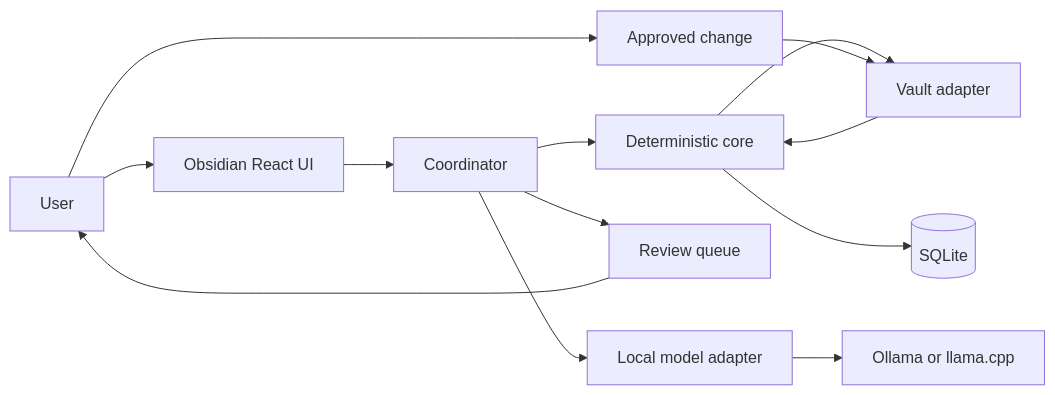
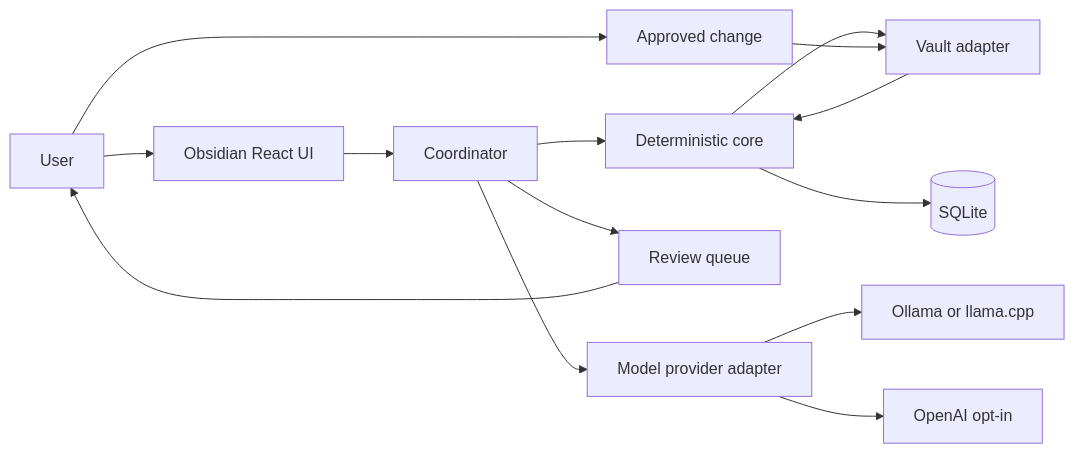
One commit to ibrahim1023/vault-steward changed the first of 2 diagrams in docs/architecture.md. Above: the diagram before and after it, drawn with Mermaid. The commit also changed other lines of this file and 14 other files, not shown here.

Commit message:
docs: document OpenAI provider boundary

````diff
--- a/docs/architecture.md
+++ b/docs/architecture.md
@@ -11,15 +11,16 @@
 ```mermaid
 flowchart LR
   U[User] --> UI[Obsidian React UI]
   UI --> C[Coordinator]
   C --> D[Deterministic core]
   D --> V[Vault adapter]
   D --> S[(SQLite)]
-  C --> M[Local model adapter]
+  C --> M[Model provider adapter]
   M --> L[Ollama or llama.cpp]
+  M --> O[OpenAI opt-in]
   C --> R[Review queue]
   R --> U
   U --> A[Approved change]
   A --> V
   V --> D
 ```
````
